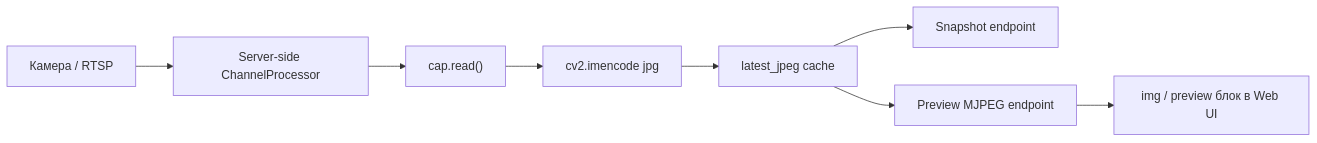
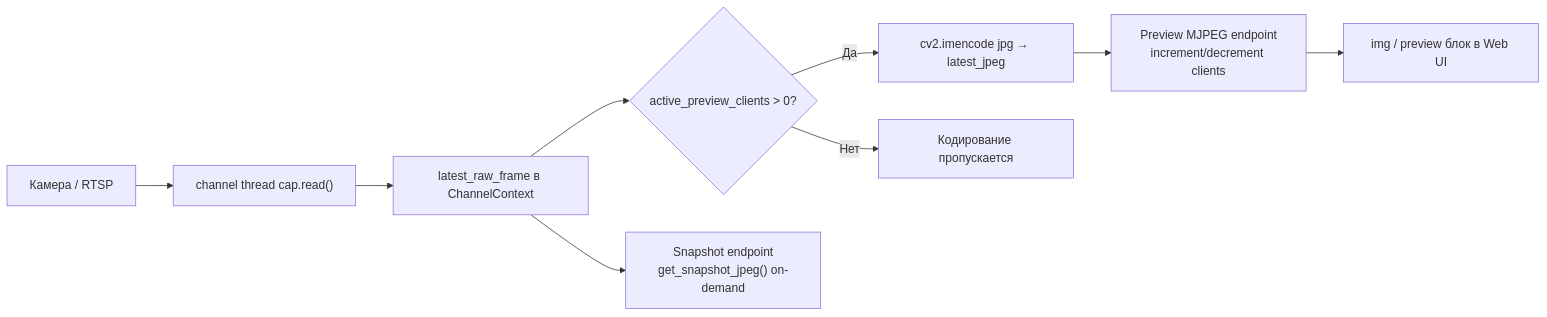
Before and after one commit to quick-1y/ANPR-System-web: the fifth of 6 diagrams in README.md, drawn with Mermaid. The commit also changed other lines of this file and 5 other files, not shown here.

````diff
--- a/README.md
+++ b/README.md
@@ -358,10 +358,11 @@
 ```mermaid
 flowchart LR
-    A["Камера / RTSP"] --> B["Server-side ChannelProcessor"]
-    B --> C["cap.read()"]
-    C --> D["cv2.imencode jpg"]
-    D --> E["latest_jpeg cache"]
-    E --> F["Snapshot endpoint"]
-    E --> G["Preview MJPEG endpoint"]
+    A["Камера / RTSP"] --> B["channel thread cap.read()"]
+    B --> C["latest_raw_frame в ChannelContext"]
+    C --> D{"active_preview_clients > 0?"}
+    D -->|Да| E["cv2.imencode jpg → latest_jpeg"]
+    D -->|Нет| F["Кодирование пропускается"]
+    E --> G["Preview MJPEG endpoint<br/>increment/decrement clients"]
     G --> H["img / preview блок в Web UI"]
+    C --> SN["Snapshot endpoint<br/>get_snapshot_jpeg() on-demand"]
 ```
````
